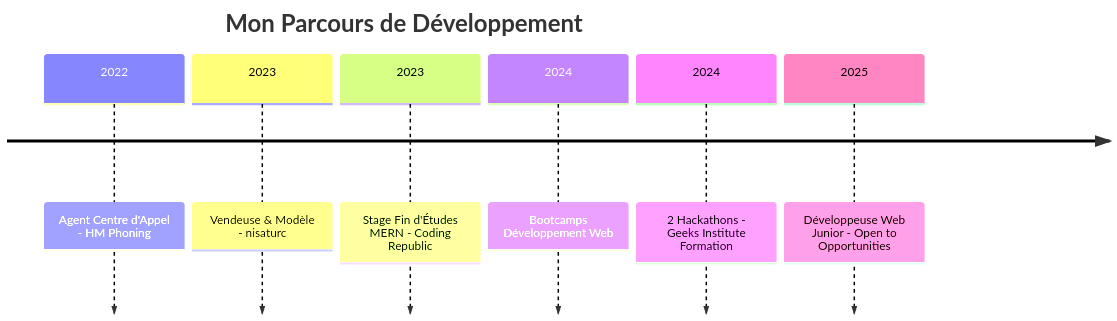
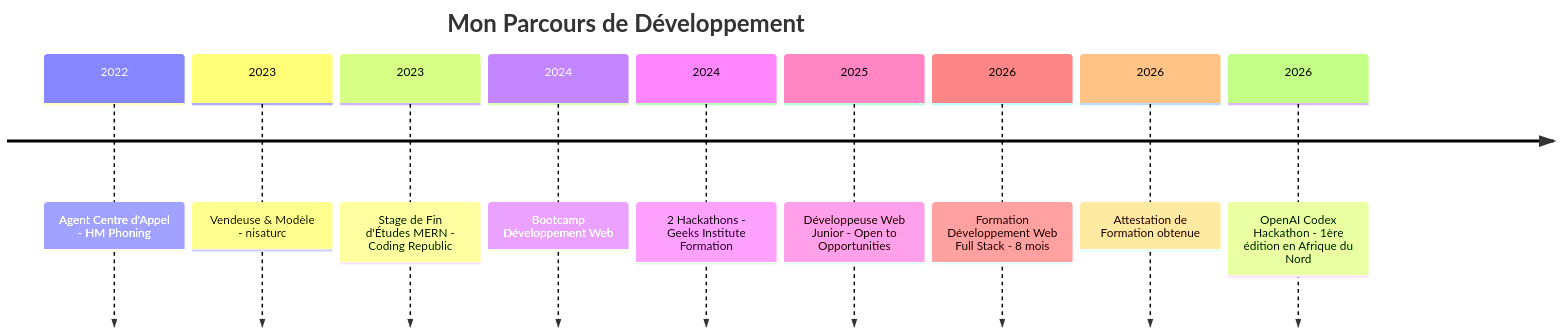
One commit to bensmailfati11/bensmailfati11 changed the diagram in README.md. Above: the diagram before and after it, drawn with Mermaid. The commit also changed other lines of this file, not shown here.

Commit message:
Update Formation & Certifications timeline

````diff
--- a/README.md
+++ b/README.md
@@ -158,10 +158,13 @@
 ```mermaid
 timeline
     title Mon Parcours de Développement
     2022 : Agent Centre d'Appel - HM Phoning
     2023 : Vendeuse & Modèle - nisaturc
-    2023 : Stage Fin d'Études MERN - Coding Republic
-    2024 : Bootcamps Développement Web
+    2023 : Stage de Fin d'Études MERN - Coding Republic
+    2024 : Bootcamp Développement Web
     2024 : 2 Hackathons - Geeks Institute Formation
     2025 : Développeuse Web Junior - Open to Opportunities
+    2026 : Formation Développement Web Full Stack - 8 mois
+    2026 : Attestation de Formation obtenue
+    2026 : OpenAI Codex Hackathon - 1ère édition en Afrique du Nord
 ```
````
